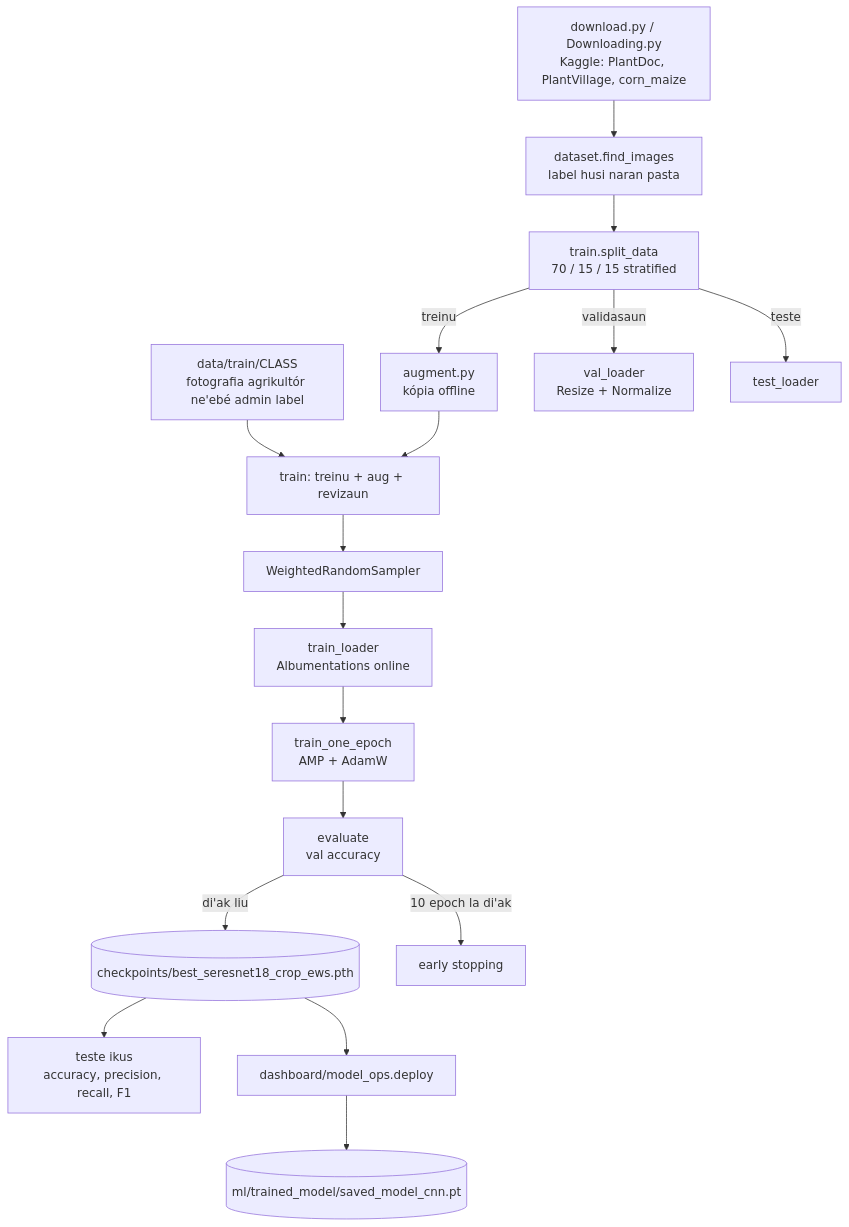
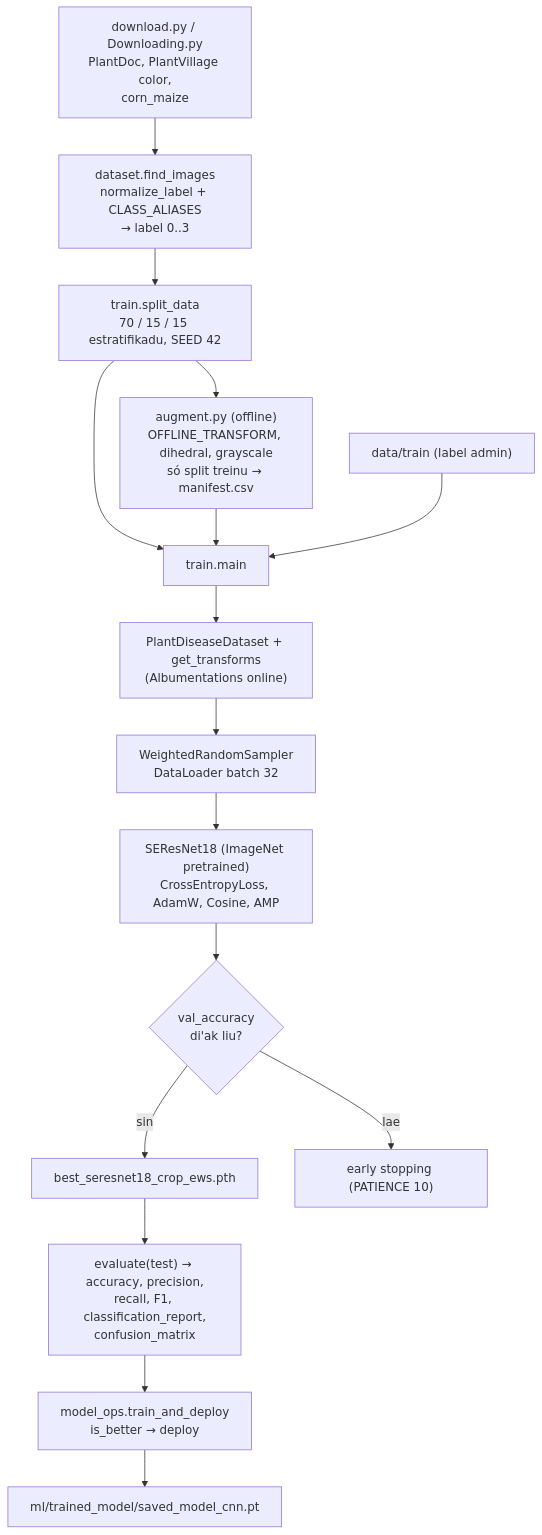
One commit to AOD-collab/-crop-disease-ews changed the first of 4 diagrams in documentation/technical_modules/src/05_machine_learning_model_module.md. Above: the diagram before and after it, drawn with Mermaid. The commit also changed other lines of this file and 41 other files, not shown here.

````diff
--- a/documentation/technical_modules/src/05_machine_learning_model_module.md
+++ b/documentation/technical_modules/src/05_machine_learning_model_module.md
@@ -69,17 +166,18 @@
 ```mermaid
 flowchart TD
-    D1[download.py / Downloading.py<br/>Kaggle: PlantDoc, PlantVillage, corn_maize] --> F[dataset.find_images<br/>label husi naran pasta]
-    R[data/train/CLASS<br/>fotografia agrikultór ne'ebé admin label] --> M
-    F --> S[train.split_data<br/>70 / 15 / 15 stratified]
-    S -- treinu --> AUG[augment.py<br/>kópia offline]
-    AUG --> M[train: treinu + aug + revizaun]
-    S -- validasaun --> V[val_loader<br/>Resize + Normalize]
-    S -- teste --> T[test_loader]
-    M --> WS[WeightedRandomSampler] --> TL[train_loader<br/>Albumentations online]
-    TL --> TR[train_one_epoch<br/>AMP + AdamW]
-    TR --> EV[evaluate<br/>val accuracy]
-    EV -- "di'ak liu" --> CK[(checkpoints/best_seresnet18_crop_ews.pth)]
-    EV -- "10 epoch la di'ak" --> ES[early stopping]
-    CK --> TE[teste ikus<br/>accuracy, precision, recall, F1]
-    CK --> MO[dashboard/model_ops.deploy] --> DEP[(ml/trained_model/saved_model_cnn.pt)]
+    A["download.py / Downloading.py<br/>PlantDoc, PlantVillage color,<br/>corn_maize"] --> B["dataset.find_images<br/>normalize_label + CLASS_ALIASES<br/>→ label 0..3"]
+    B --> C["train.split_data<br/>70 / 15 / 15 estratifikadu, SEED 42"]
+    C --> D["augment.py (offline)<br/>OFFLINE_TRANSFORM, dihedral, grayscale<br/>só split treinu → manifest.csv"]
+    C --> E["train.main"]
+    D --> E
+    F["data/train (label admin)"] --> E
+    E --> G["PlantDiseaseDataset + get_transforms<br/>(Albumentations online)"]
+    G --> H["WeightedRandomSampler<br/>DataLoader batch 32"]
+    H --> I["SEResNet18 (ImageNet pretrained)<br/>CrossEntropyLoss, AdamW, Cosine, AMP"]
+    I --> J{"val_accuracy<br/>di'ak liu?"}
+    J -- sin --> K["best_seresnet18_crop_ews.pth"]
+    J -- lae --> L["early stopping (PATIENCE 10)"]
+    K --> M["evaluate(test) → accuracy, precision,<br/>recall, F1, classification_report,<br/>confusion_matrix"]
+    M --> N["model_ops.train_and_deploy<br/>is_better → deploy"]
+    N --> O["ml/trained_model/saved_model_cnn.pt"]
 ```
````
